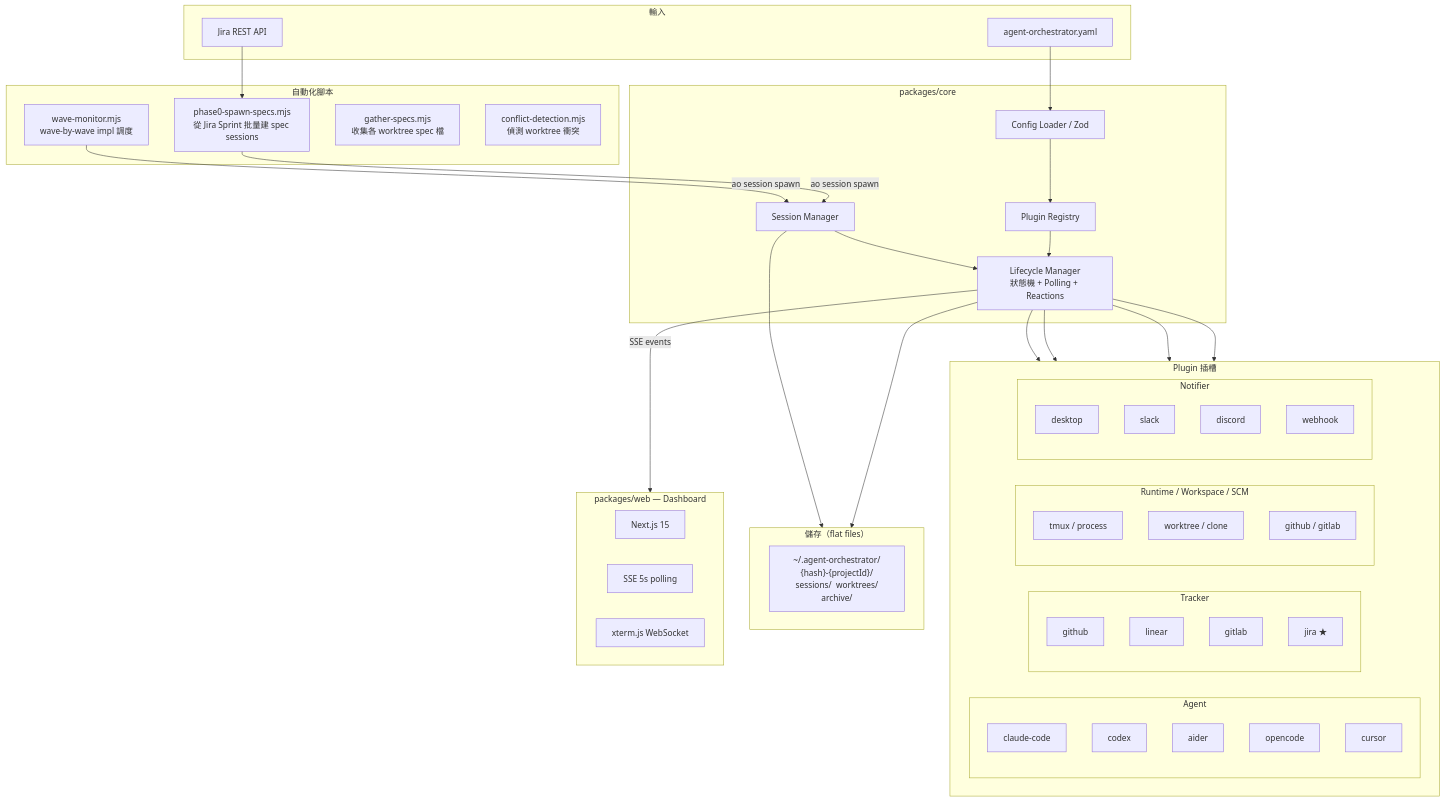
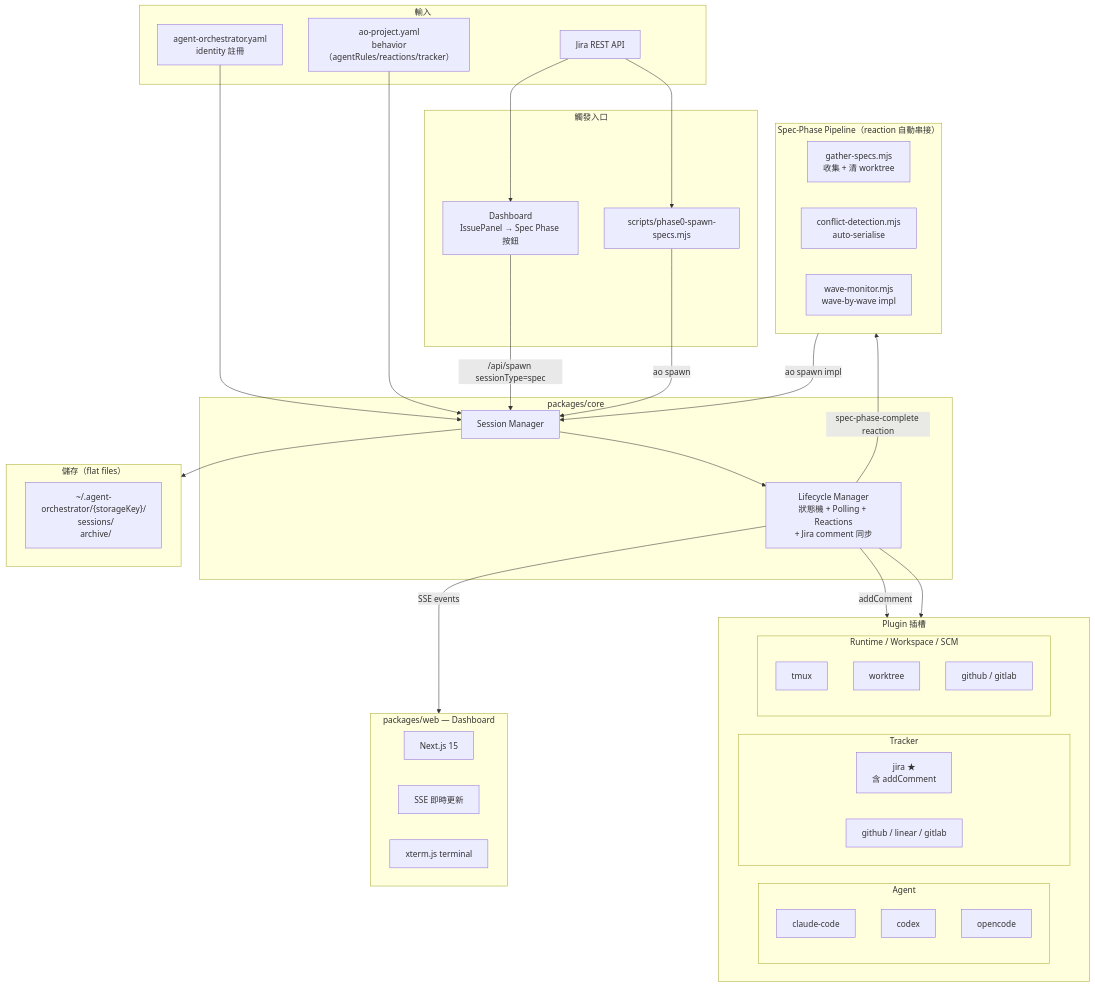
The first of 3 diagrams in README.md (huskylin/agent-orchestrator), drawn with Mermaid before and after one commit. The commit also changed other lines of this file, not shown here.

First line of the commit message:
docs: 更新 README 對應 spec-phase 自動串聯與 Jira 同步等改動

````diff
--- a/README.md
+++ b/README.md
@@ -63,70 +76,66 @@
 ```mermaid
 graph TB
     subgraph Input["輸入"]
-        YAML[agent-orchestrator.yaml]
+        YAML[agent-orchestrator.yaml<br/>identity 註冊]
+        LOCAL[ao-project.yaml<br/>behavior（agentRules/reactions/tracker）]
         JIRA[Jira REST API]
     end
 
-    subgraph Scripts["自動化腳本"]
-        P0[phase0-spawn-specs.mjs\n從 Jira Sprint 批量建 spec sessions]
-        WM[wave-monitor.mjs\nwave-by-wave impl 調度]
-        GS[gather-specs.mjs\n收集各 worktree spec 檔]
-        CD[conflict-detection.mjs\n偵測 worktree 衝突]
+    subgraph UI["觸發入口"]
+        DASH[Dashboard<br/>IssuePanel → Spec Phase 按鈕]
+        P0[scripts/phase0-spawn-specs.mjs]
+    end
+
+    subgraph Pipeline["Spec-Phase Pipeline（reaction 自動串接）"]
+        GS[gather-specs.mjs<br/>收集 + 清 worktree]
+        CD[conflict-detection.mjs<br/>auto-serialise]
+        WM[wave-monitor.mjs<br/>wave-by-wave impl]
     end
 
     subgraph Core["packages/core"]
-        CONFIG[Config Loader / Zod]
-        PLUGIN_REG[Plugin Registry]
         SESSION_MGR[Session Manager]
-        LIFECYCLE[Lifecycle Manager\n狀態機 + Polling + Reactions]
+        LIFECYCLE[Lifecycle Manager<br/>狀態機 + Polling + Reactions<br/>+ Jira comment 同步]
     end
 
     subgraph Plugins["Plugin 插槽"]
         direction LR
         subgraph Agents["Agent"]
             CC[claude-code]
             CODEX[codex]
-            AIDER[aider]
             OC[opencode]
-            CUR[cursor]
         end
         subgraph Trackers["Tracker"]
-            GH_T[github]
-            LIN[linear]
-            GL_T[gitlab]
-            JIRA_P[jira ★]
+            JIRA_P[jira ★<br/>含 addComment]
+            GH_T[github / linear / gitlab]
         end
         subgraph Infra["Runtime / Workspace / SCM"]
-            RT[tmux / process]
-            WS[worktree / clone]
+            RT[tmux]
+            WS[worktree]
             SCM[github / gitlab]
-        end
-        subgraph Notifiers["Notifier"]
-            DESK[desktop]
-            SLACK[slack]
-            DISC[discord]
-            WOOK[webhook]
         end
     end
 
     subgraph Web["packages/web — Dashboard"]
         NEXTJS[Next.js 15]
-        SSE[SSE 5s polling]
-        XTERM[xterm.js WebSocket]
+        SSE[SSE 即時更新]
+        XTERM[xterm.js terminal]
     end
 
     subgraph Storage["儲存（flat files）"]
-        FILES["~/.agent-orchestrator/\n{hash}-{projectId}/\n  sessions/  worktrees/  archive/"]
+        FILES["~/.agent-orchestrator/{storageKey}/<br/>  sessions/<br/>  archive/"]
     end
 
-    YAML --> CONFIG
+    YAML --> SESSION_MGR
+    LOCAL --> SESSION_MGR
     JIRA --> P0
-    P0 -->|ao session spawn| SESSION_MGR
-    WM -->|ao session spawn| SESSION_MGR
-    CONFIG --> PLUGIN_REG --> LIFECYCLE
+    JIRA --> DASH
+    DASH -->|/api/spawn sessionType=spec| SESSION_MGR
+    P0 -->|ao spawn| SESSION_MGR
     SESSION_MGR --> LIFECYCLE
-    LIFECYCLE --> Agents & Trackers & Infra & Notifiers
-    LIFECYCLE --> Storage
+    LIFECYCLE -->|spec-phase-complete reaction| Pipeline
+    Pipeline -->|ao spawn impl| SESSION_MGR
+    LIFECYCLE --> Plugins
+    LIFECYCLE -->|addComment| JIRA_P
     SESSION_MGR --> Storage
     LIFECYCLE -->|SSE events| Web
 ```
````
